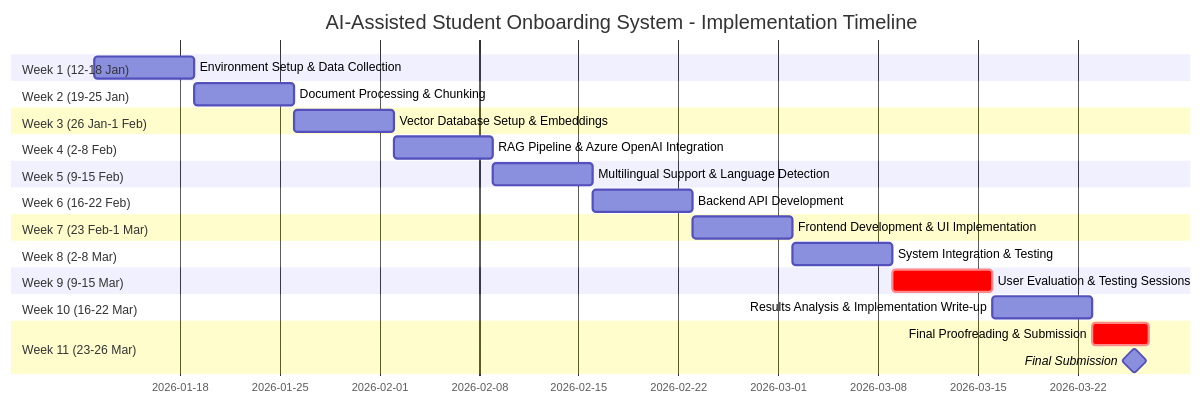
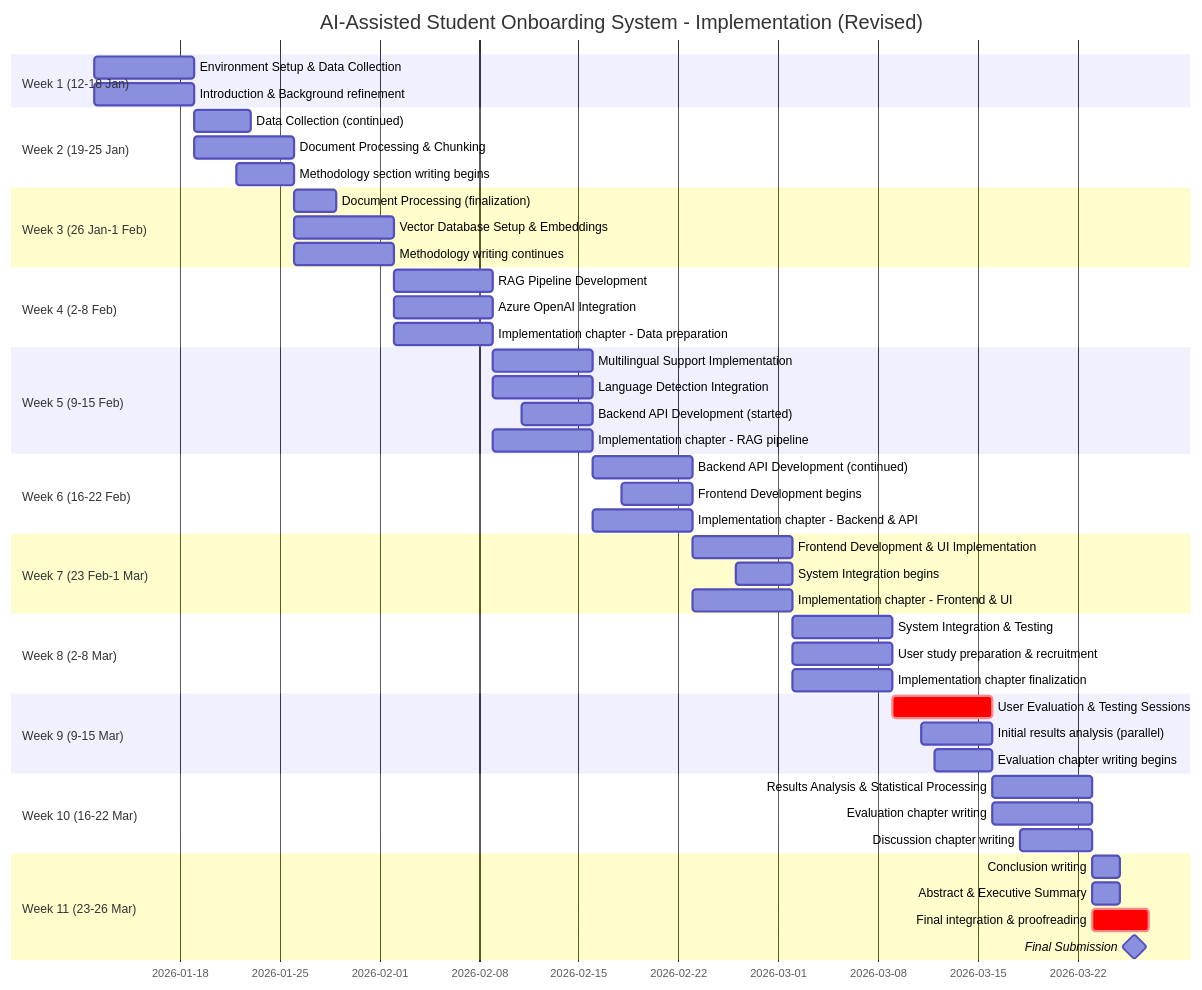
Before and after one commit to nm2064/Supporting-new-students-orienting-themselves-on-campus: the second of 2 diagrams in Gantt Chart/README.md, drawn with Mermaid. The commit also changed other lines of this file, not shown here.

Commit message:
Revise timelines and milestones in README
Updated timelines for Semester 1 and Semester 2, revised project milestones, and adjusted implementation details.

````diff
--- a/Gantt Chart/README.md
+++ b/Gantt Chart/README.md
@@ -37,39 +42,61 @@
 ```mermaid
 gantt
-    title AI-Assisted Student Onboarding System - Implementation Timeline
+    title AI-Assisted Student Onboarding System - Implementation (Revised)
     dateFormat YYYY-MM-DD
 
     section Week 1 (12-18 Jan)
-    Environment Setup & Data Collection             :w1, 2026-01-12, 7d
+    Environment Setup & Data Collection             :w1a, 2026-01-12, 7d
+    Introduction & Background refinement            :w1b, 2026-01-12, 7d
 
     section Week 2 (19-25 Jan)
-    Document Processing & Chunking                  :w2, 2026-01-19, 7d
+    Data Collection (continued)                     :w2a, 2026-01-19, 4d
+    Document Processing & Chunking                  :w2b, 2026-01-19, 7d
+    Methodology section writing begins              :w2c, 2026-01-22, 4d
 
     section Week 3 (26 Jan-1 Feb)
-    Vector Database Setup & Embeddings              :w3, 2026-01-26, 7d
+    Document Processing (finalization)              :w3a, 2026-01-26, 3d
+    Vector Database Setup & Embeddings              :w3b, 2026-01-26, 7d
+    Methodology writing continues                   :w3c, 2026-01-26, 7d
 
     section Week 4 (2-8 Feb)
-    RAG Pipeline & Azure OpenAI Integration         :w4, 2026-02-02, 7d
+    RAG Pipeline Development                        :w4a, 2026-02-02, 7d
+    Azure OpenAI Integration                        :w4b, 2026-02-02, 7d
+    Implementation chapter - Data preparation       :w4c, 2026-02-02, 7d
 
     section Week 5 (9-15 Feb)
-    Multilingual Support & Language Detection       :w5, 2026-02-09, 7d
+    Multilingual Support Implementation             :w5a, 2026-02-09, 7d
+    Language Detection Integration                  :w5b, 2026-02-09, 7d
+    Backend API Development (started)               :w5c, 2026-02-11, 5d
+    Implementation chapter - RAG pipeline           :w5d, 2026-02-09, 7d
 
     section Week 6 (16-22 Feb)
-    Backend API Development                         :w6, 2026-02-16, 7d
+    Backend API Development (continued)             :w6a, 2026-02-16, 7d
+    Frontend Development begins                     :w6b, 2026-02-18, 5d
+    Implementation chapter - Backend & API          :w6c, 2026-02-16, 7d
 
     section Week 7 (23 Feb-1 Mar)
-    Frontend Development & UI Implementation        :w7, 2026-02-23, 7d
+    Frontend Development & UI Implementation        :w7a, 2026-02-23, 7d
+    System Integration begins                       :w7b, 2026-02-26, 4d
+    Implementation chapter - Frontend & UI          :w7c, 2026-02-23, 7d
 
     section Week 8 (2-8 Mar)
-    System Integration & Testing                    :w8, 2026-03-02, 7d
+    System Integration & Testing                    :w8a, 2026-03-02, 7d
+    User study preparation & recruitment            :w8b, 2026-03-02, 7d
+    Implementation chapter finalization             :w8c, 2026-03-02, 7d
 
     section Week 9 (9-15 Mar)
-    User Evaluation & Testing Sessions              :crit, w9, 2026-03-09, 7d
+    User Evaluation & Testing Sessions              :crit, w9a, 2026-03-09, 7d
+    Initial results analysis (parallel)             :w9b, 2026-03-11, 5d
+    Evaluation chapter writing begins               :w9c, 2026-03-12, 4d
 
     section Week 10 (16-22 Mar)
-    Results Analysis & Implementation Write-up      :w10, 2026-03-16, 7d
+    Results Analysis & Statistical Processing       :w10a, 2026-03-16, 7d
+    Evaluation chapter writing                      :w10b, 2026-03-16, 7d
+    Discussion chapter writing                      :w10c, 2026-03-18, 5d
 
     section Week 11 (23-26 Mar)
-    Final Proofreading & Submission                 :crit, w11, 2026-03-23, 4d
+    Conclusion writing                              :w11a, 2026-03-23, 2d
+    Abstract & Executive Summary                    :w11b, 2026-03-23, 2d
+    Final integration & proofreading                :crit, w11c, 2026-03-23, 4d
     Final Submission                                :milestone, submit, 2026-03-26, 0d
 ```
````
